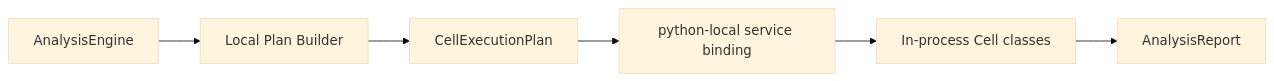
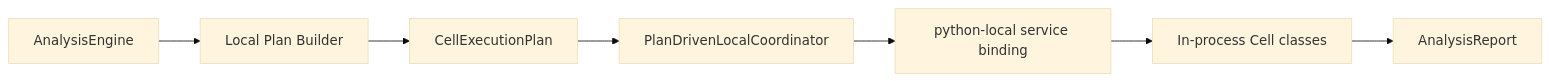
Before and after one commit to ModWU/market-cell: the second of 3 diagrams in docs/cell_execution_fabric.md, drawn with Mermaid (base theme). The commit also changed other lines of this file and 24 other files, not shown here.

Commit message:
Add plan-driven local coordinator

````diff
--- a/docs/cell_execution_fabric.md
+++ b/docs/cell_execution_fabric.md
@@ -266,8 +302,9 @@
 ```mermaid
 flowchart LR
     Engine["AnalysisEngine"] --> Planner["Local Plan Builder"]
     Planner --> Plan["CellExecutionPlan"]
-    Plan --> Local["python-local service binding"]
+    Plan --> Coordinator["PlanDrivenLocalCoordinator"]
+    Coordinator --> Local["python-local service binding"]
     Local --> Cells["In-process Cell classes"]
     Cells --> Report["AnalysisReport"]
 ```
````
